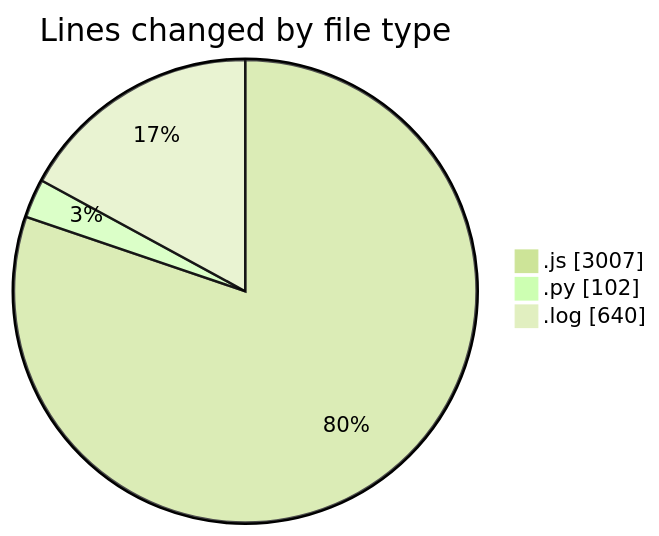
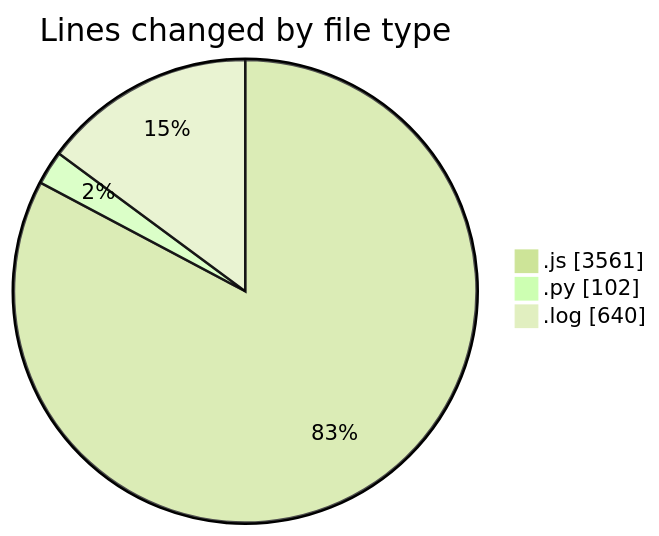
The first of 2 diagrams in 2025-04-16/nxtqube_webapp/README.md (nxtqubesakshisongat/code-tracking), drawn with Mermaid (forest theme) before and after one commit. The commit also changed other lines of this file and 1 other file, not shown here.

````diff
--- a/2025-04-16/nxtqube_webapp/README.md
+++ b/2025-04-16/nxtqube_webapp/README.md
@@ -24,7 +24,7 @@
 ```mermaid
 pie showData
 title Lines changed by file type
-".js" : 3007
+".js" : 3561
 ".py" : 102
 ".log" : 640
 ```
````
